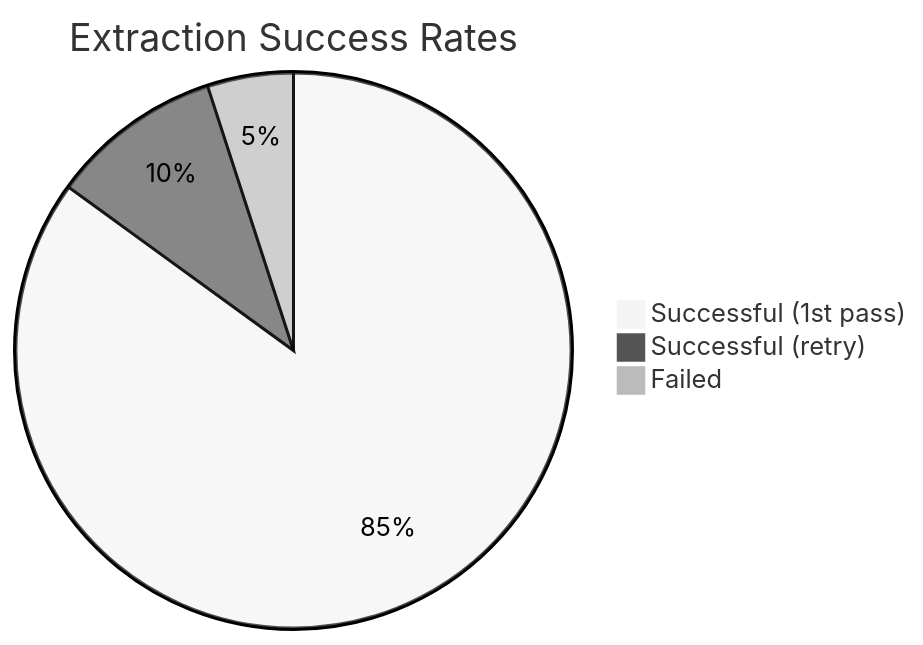
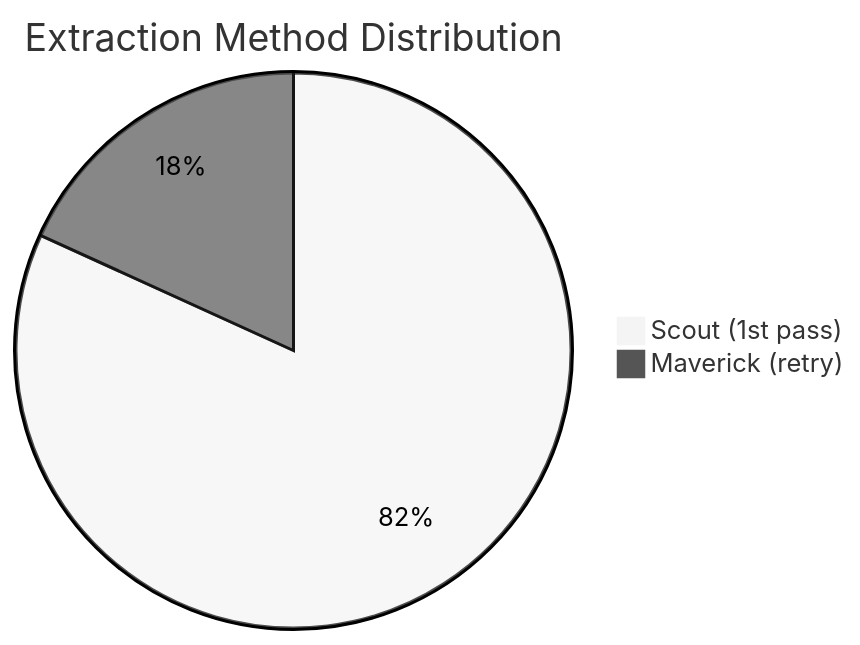
The seventh of 9 diagrams in README.md (viniciusgribas/ai-powered-pdf-etl-pipeline), drawn with Mermaid (neutral theme) before and after one commit. The commit also changed other lines of this file, not shown here.

````diff
--- a/README.md
+++ b/README.md
@@ -427,6 +457,5 @@
 ```mermaid
-pie title Extraction Success Rates
-    "Successful (1st pass)" : 85
-    "Successful (retry)" : 10
-    "Failed" : 5
+pie title Extraction Method Distribution
+    "Scout (1st pass)" : 81.8
+    "Maverick (retry)" : 18.2
 ```
````
